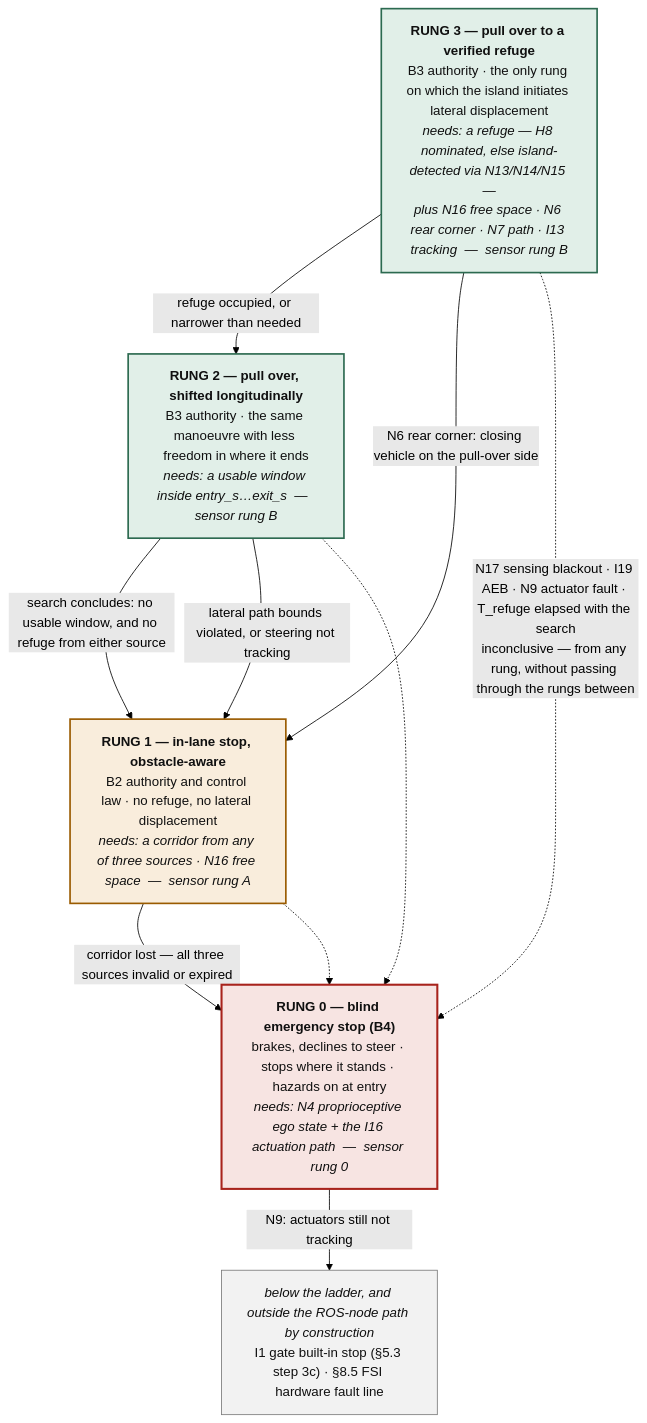
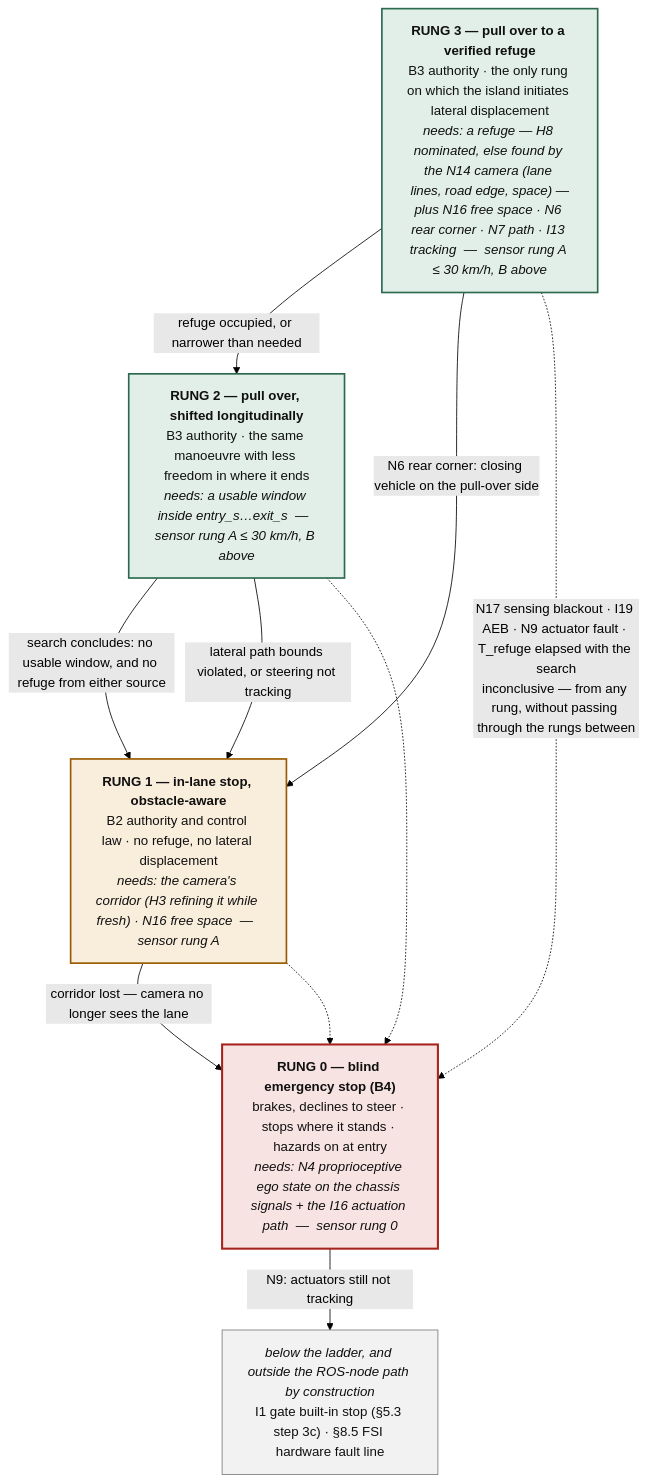
Before and after one commit to autowarefoundation/RFC_L4_SafetyIslandDesign: the seventh of 13 diagrams in docs/L4SafetyIsland_SoftwareDesign_GitHub.md, drawn with Mermaid (forest theme). The commit also changed other lines of this file and 22 other files, not shown here.

````diff
--- a/docs/L4SafetyIsland_SoftwareDesign_GitHub.md
+++ b/docs/L4SafetyIsland_SoftwareDesign_GitHub.md
@@ -1682,27 +1840,27 @@
 ```mermaid
 flowchart TB
-    R3["<b>RUNG 3 — pull over to a verified refuge</b><br/>B3 authority · the only rung on which the island initiates lateral displacement<br/><i>needs: a refuge — H8 nominated, else island-detected via N13/N14/N15 —<br/>plus N16 free space · N6 rear corner · N7 path · I13 tracking &nbsp;—&nbsp; sensor rung B</i>"]
-    R2["<b>RUNG 2 — pull over, shifted longitudinally</b><br/>B3 authority · the same manoeuvre with less freedom in where it ends<br/><i>needs: a usable window inside entry_s…exit_s &nbsp;—&nbsp; sensor rung B</i>"]
-    R1["<b>RUNG 1 — in-lane stop, obstacle-aware</b><br/>B2 authority and control law · no refuge, no lateral displacement<br/><i>needs: a corridor from any of three sources · N16 free space &nbsp;—&nbsp; sensor rung A</i>"]
-    R0["<b>RUNG 0 — blind emergency stop (B4)</b><br/>brakes, declines to steer · stops where it stands · hazards on at entry<br/><i>needs: N4 proprioceptive ego state + the I16 actuation path &nbsp;—&nbsp; sensor rung 0</i>"]
+    R3["<b>RUNG 3 — pull over to a verified refuge</b><br/>B3 authority · the only rung on which the island initiates lateral displacement<br/><i>needs: a refuge — H8 nominated, else found by the N14 camera (lane lines, road edge, space) —<br/>plus N16 free space · N6 rear corner · N7 path · I13 tracking &nbsp;—&nbsp; sensor rung A ≤ 30 km/h, B above</i>"]
+    R2["<b>RUNG 2 — pull over, shifted longitudinally</b><br/>B3 authority · the same manoeuvre with less freedom in where it ends<br/><i>needs: a usable window inside entry_s…exit_s &nbsp;—&nbsp; sensor rung A ≤ 30 km/h, B above</i>"]
+    R1["<b>RUNG 1 — in-lane stop, obstacle-aware</b><br/>B2 authority and control law · no refuge, no lateral displacement<br/><i>needs: the camera's corridor (H3 refining it while fresh) · N16 free space &nbsp;—&nbsp; sensor rung A</i>"]
+    R0["<b>RUNG 0 — blind emergency stop (B4)</b><br/>brakes, declines to steer · stops where it stands · hazards on at entry<br/><i>needs: N4 proprioceptive ego state on the chassis signals + the I16 actuation path &nbsp;—&nbsp; sensor rung 0</i>"]
     GATE["<i>below the ladder, and outside the ROS-node path by construction</i><br/>I1 gate built-in stop (§5.3 step 3c) · §8.5 FSI hardware fault line"]
 
     R3 -->|"refuge occupied, or narrower than needed"| R2
     R2 -->|"search concludes: no usable window, and no refuge from either source"| R1
     R3 -->|"N6 rear corner: closing vehicle on the pull-over side"| R1
     R2 -->|"lateral path bounds violated, or steering not tracking"| R1
-    R1 -->|"corridor lost — all three sources invalid or expired"| R0
+    R1 -->|"corridor lost — camera no longer sees the lane"| R0
     R3 -.->|"N17 sensing blackout · I19 AEB · N9 actuator fault · T_refuge elapsed with the search<br/>inconclusive — from any rung, without passing through the rungs between"| R0
     R2 -.-> R0
     R1 -.-> R0
     R0 -->|"N9: actuators still not tracking"| GATE
 
     classDef top fill:#e1efe8,stroke:#2c6a50,stroke-width:2px,color:#101010;
     classDef mid fill:#f9eddc,stroke:#9a5b00,stroke-width:2px,color:#101010;
     classDef floor fill:#f7e4e2,stroke:#a8231c,stroke-width:2.5px,color:#101010;
     classDef under fill:#f2f2f2,stroke:#7a7a7a,stroke-width:1px,color:#101010;
     class R3,R2 top;
     class R1 mid;
     class R0 floor;
     class GATE under;
 ```
````
